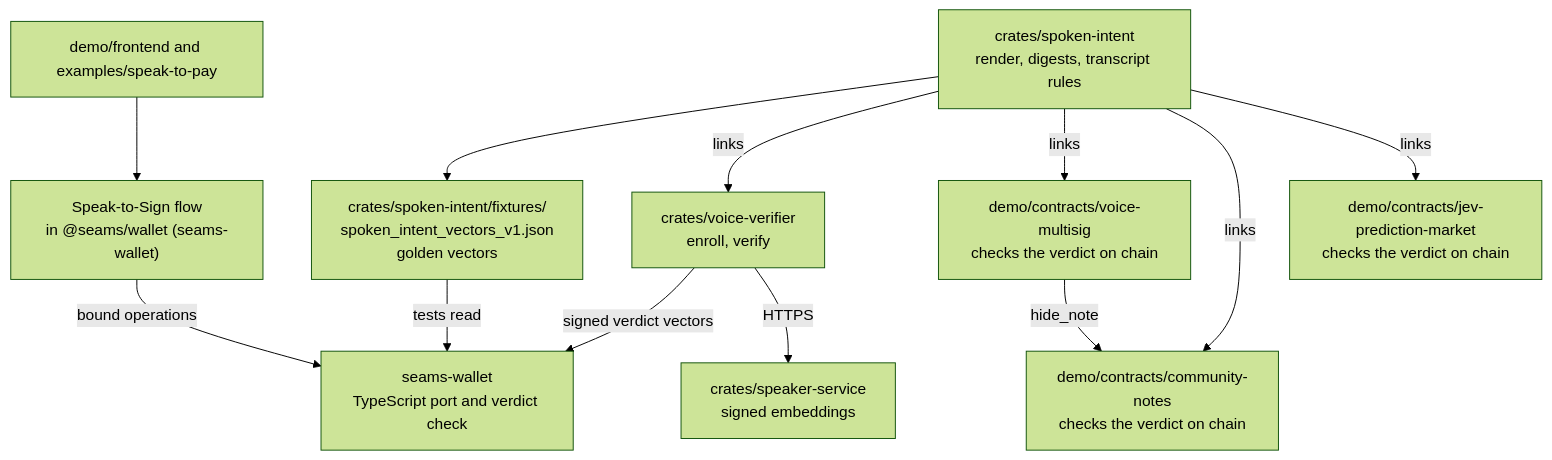
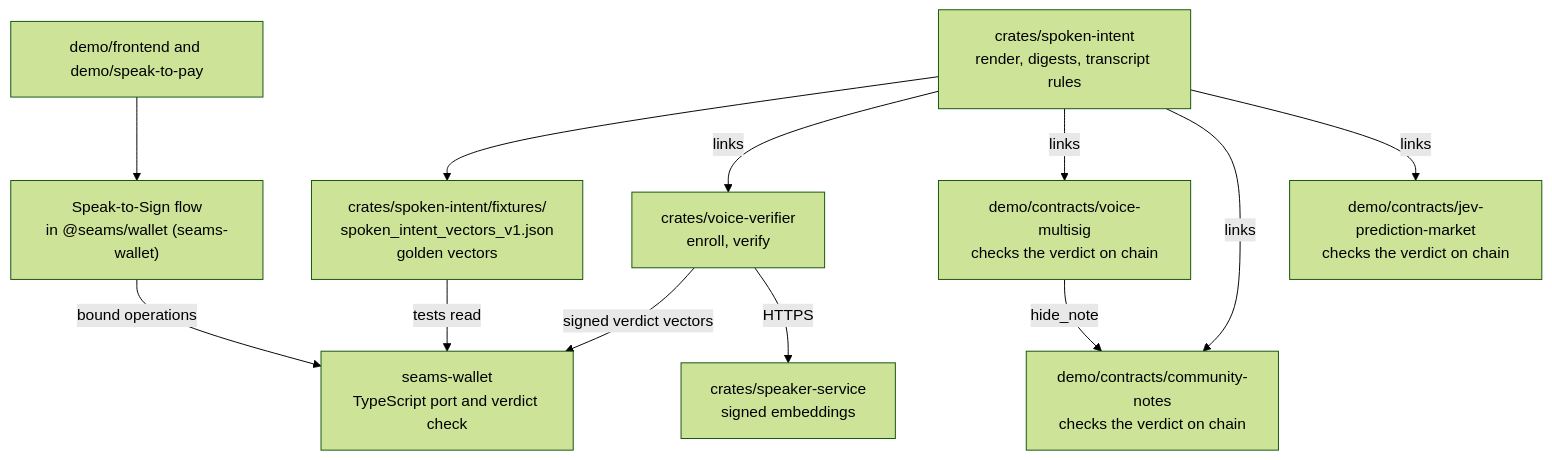
Before and after one commit to seams-tech/speak-to-sign: the second of 9 diagrams in docs/architecture.md, drawn with Mermaid (forest theme). The commit also changed other lines of this file and 99 other files, not shown here.

````diff
--- a/docs/architecture.md
+++ b/docs/architecture.md
@@ -61,25 +61,25 @@
 ```mermaid
 flowchart TB
   SI["crates/spoken-intent<br/>render, digests, transcript rules"]
   Vec["crates/spoken-intent/fixtures/<br/>spoken_intent_vectors_v1.json<br/>golden vectors"]
   VV["crates/voice-verifier<br/>enroll, verify"]
   SS["crates/speaker-service<br/>signed embeddings"]
   MS["demo/contracts/voice-multisig<br/>checks the verdict on chain"]
   CN["demo/contracts/community-notes<br/>checks the verdict on chain"]
   PM["demo/contracts/jev-prediction-market<br/>checks the verdict on chain"]
   WT["seams-wallet<br/>TypeScript port and verdict check"]
   PL["Speak-to-Sign flow<br/>in @seams/wallet (seams-wallet)"]
-  FE["demo/frontend and examples/speak-to-pay"]
+  FE["demo/frontend and demo/speak-to-pay"]
 
   SI --> Vec
   SI -->|links| VV
   SI -->|links| MS
   SI -->|links| CN
   SI -->|links| PM
   Vec -->|tests read| WT
   VV -->|signed verdict vectors| WT
   VV -->|HTTPS| SS
   PL -->|bound operations| WT
   FE --> PL
   MS -->|hide_note| CN
 ```
````
